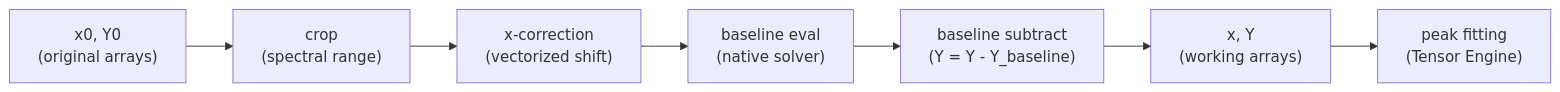
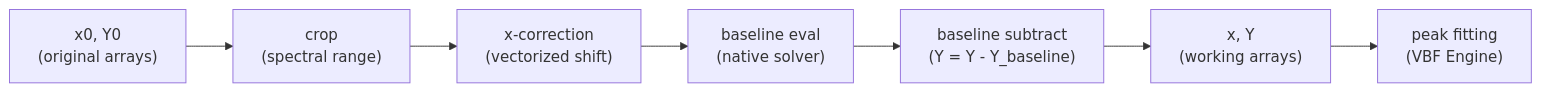
The second of 2 diagrams in docs/developer/spectra.md (CEA-MetroCarac/SPECTROview), drawn with Mermaid before and after one commit. The commit also changed other lines of this file and 20 other files, not shown here.

Commit message:
clean-up, minor adjustement, and VBF Engine branding

````diff
--- a/docs/developer/spectra.md
+++ b/docs/developer/spectra.md
@@ -114,9 +114,9 @@
 ```mermaid
 graph LR
     A["x0, Y0<br/>(original arrays)"] --> B["crop<br/>(spectral range)"]
     B --> C["x-correction<br/>(vectorized shift)"]
     C --> D["baseline eval<br/>(native solver)"]
     D --> E["baseline subtract<br/>(Y = Y - Y_baseline)"]
     E --> F["x, Y<br/>(working arrays)"]
-    F --> G["peak fitting<br/>(Tensor Engine)"]
+    F --> G["peak fitting<br/>(VBF Engine)"]
 ```
````
